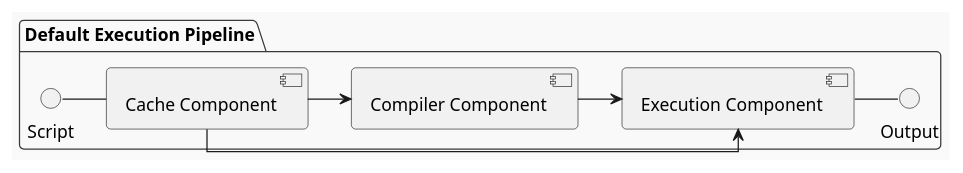
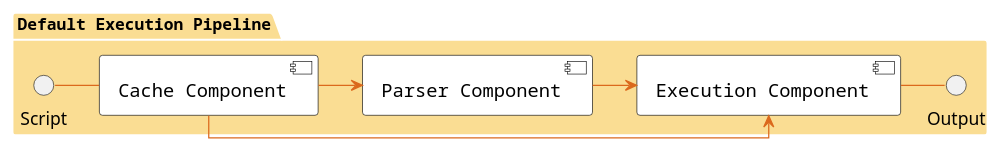
Before and after one commit to navtech-io/Simpleflow: the diagram in SimpleflowDiagram.puml, drawn with PlantUML. The commit also changed 1 other file, not shown here.

```diff
--- a/SimpleflowDiagram.puml
+++ b/SimpleflowDiagram.puml
@@ -1,13 +1,32 @@
 @startuml Simpleflow
-!theme mars
+
 skinparam linetype ortho
+
+skinparam component {
+  FontSize 15
+  
+  FontName Courier
+  BorderColor black
+  BackgroundColor white
+  ArrowFontName Impact
+  ArrowColor #db691d
+}
+
+skinparam package {
+  FontSize 13
+  FontName Courier
+  BorderColor white
+  BackgroundColor #fadd93
+  ArrowFontName Impact
+  
+}
 
 package "Default Execution Pipeline"  {
     Script -right- [Cache Component]
-    [Cache Component] -right-> [Compiler Component]  
+    [Cache Component] -right-> [Parser Component]  
     [Cache Component] -right-> [Execution Component]  
-    [Compiler Component] -right-> [Execution Component] 
+    [Parser Component] -right-> [Execution Component] 
 
     [Execution Component] - Output
 }
 @enduml    
```
